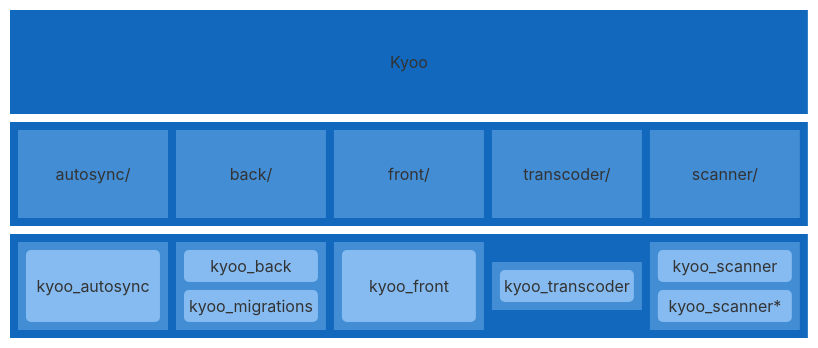
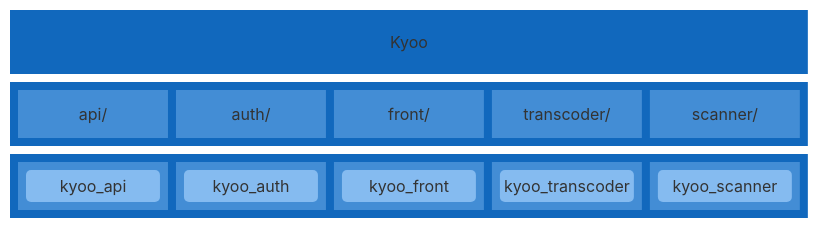
The first of 8 diagrams in DIAGRAMS.md (zoriya/Kyoo), drawn with Mermaid before and after one commit.

Commit message:
update project structure

````diff
--- a/DIAGRAMS.md
+++ b/DIAGRAMS.md
@@ -7,61 +7,57 @@
 ```mermaid
-block-beta
+block
   columns 1
   block:proj1:1
     proj_name["Kyoo"]:1
   end
   block:proj2:1
-    dir_1["autosync/"]
-    dir_2["back/"]
+    dir_1["api/"]
+    dir_2["auth/"]
     dir_3["front/"]
     dir_4["transcoder/"]
     dir_5["scanner/"]
   end
   block:proj3:1
     %% columns auto (default)
-    block:autosync_b:1
-      autosync_i1("kyoo_autosync")
+    block:api_b:1
+      autosync_i1("kyoo_api")
     end
-    block:back_b:1
+    block:auth_b:1
       columns 1
-      back_i1("kyoo_back")
-      back_i2("kyoo_migrations")
+      back_i1("kyoo_auth")
     end
     block:front_b:1
       front_i1("kyoo_front")
     end
     block:transcoder_b:1
       transcoder_i1("kyoo_transcoder")
     end
     block:scanner_b:1
       columns 1
       scanner_i1("kyoo_scanner")
-      scanner_i2("kyoo_scanner*")
     end
   end
 
   style proj_name fill:transparent,stroke-width:0px
   style proj1 fill:#1168bd,stroke-width:0px
   style proj2 fill:#1168bd,stroke-width:0px
   style proj3 fill:#1168bd,stroke-width:0px
   
   style dir_1 fill:#438dd5,stroke-width:0px
   style dir_2 fill:#438dd5,stroke-width:0px
   style dir_3 fill:#438dd5,stroke-width:0px
   style dir_4 fill:#438dd5,stroke-width:0px
   style dir_5 fill:#438dd5,stroke-width:0px
 
-  style autosync_b fill:#438dd5,stroke-width:0px
-  style back_b fill:#438dd5,stroke-width:0px
+  style api_b fill:#438dd5,stroke-width:0px
+  style auth_b fill:#438dd5,stroke-width:0px
   style front_b fill:#438dd5,stroke-width:0px
   style transcoder_b fill:#438dd5,stroke-width:0px
   style scanner_b fill:#438dd5,stroke-width:0px
 
   style autosync_i1 fill:#85bbf0,stroke-width:0px
   style back_i1 fill:#85bbf0,stroke-width:0px
-  style back_i2 fill:#85bbf0,stroke-width:0px
   style front_i1 fill:#85bbf0,stroke-width:0px
   style transcoder_i1 fill:#85bbf0,stroke-width:0px
   style scanner_i1 fill:#85bbf0,stroke-width:0px
-  style scanner_i2 fill:#85bbf0,stroke-width:0px
 ```
````
